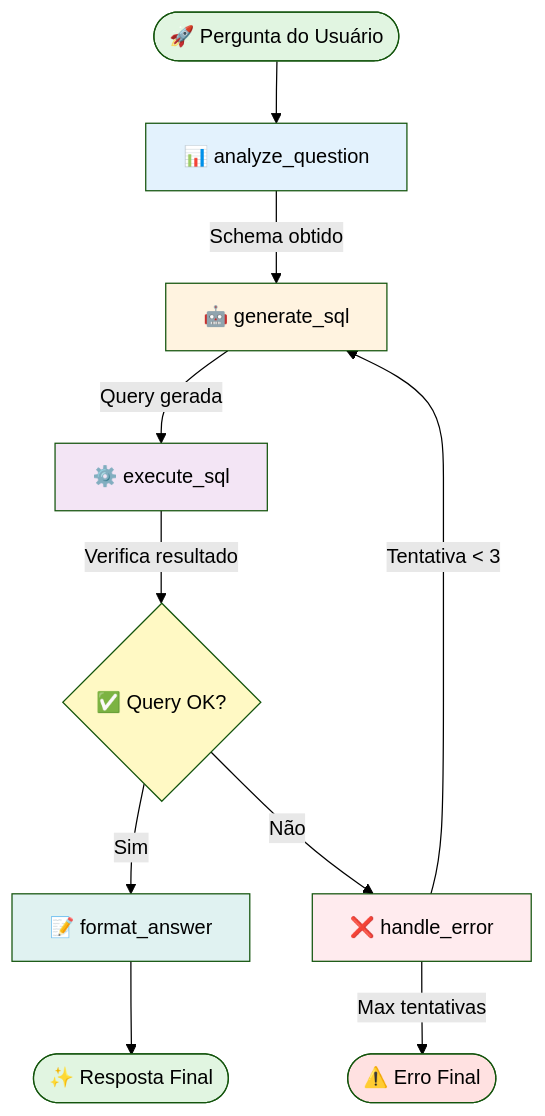
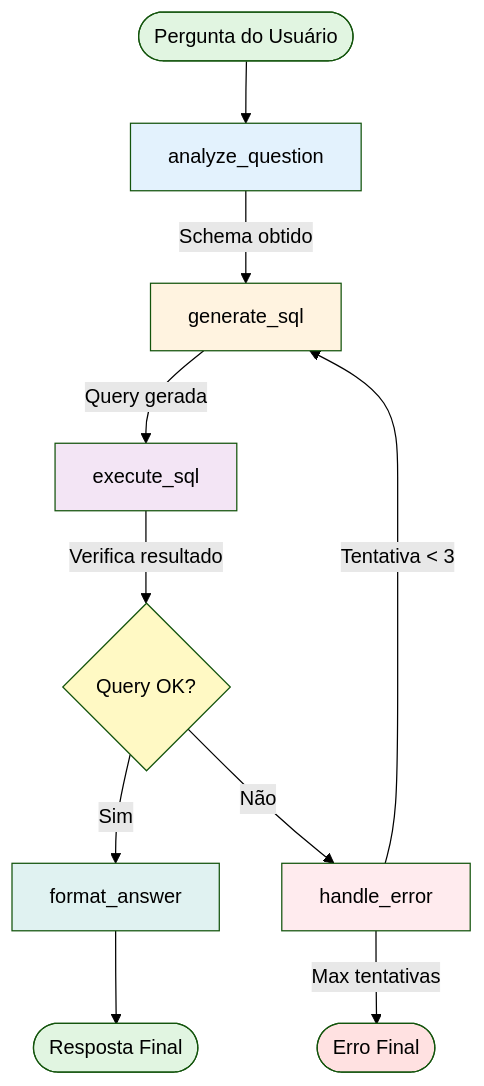
The second of 11 diagrams in ARCHITECTURE.md (Nik0o0lps/DataDialogue), drawn with Mermaid (forest theme) before and after one commit. The commit also changed other lines of this file and 1 other file, not shown here.

First line of the commit message:
refactor: Remove todos os emojis dos diagramas e documentação

````diff
--- a/ARCHITECTURE.md
+++ b/ARCHITECTURE.md
@@ -68,22 +68,22 @@
 ```mermaid
 graph TB
-    Start([🚀 Pergunta do Usuário]) --> A[📊 analyze_question]
-    A --> |Schema obtido| B[🤖 generate_sql]
-    B --> |Query gerada| C[⚙️ execute_sql]
-    C --> |Verifica resultado| D{✅ Query OK?}
-    D --> |Sim| E[📝 format_answer]
-    E --> End([✨ Resposta Final])
-    D --> |Não| F[❌ handle_error]
+    Start([Pergunta do Usuário]) --> A[analyze_question]
+    A --> |Schema obtido| B[generate_sql]
+    B --> |Query gerada| C[execute_sql]
+    C --> |Verifica resultado| D{Query OK?}
+    D --> |Sim| E[format_answer]
+    E --> End([Resposta Final])
+    D --> |Não| F[handle_error]
     F --> |Tentativa < 3| B
-    F --> |Max tentativas| G([⚠️ Erro Final])
+    F --> |Max tentativas| G([Erro Final])
     
     style Start fill:#e1f5e1
     style End fill:#e1f5e1
     style G fill:#ffe1e1
     style A fill:#e3f2fd
     style B fill:#fff3e0
     style C fill:#f3e5f5
     style D fill:#fff9c4
     style E fill:#e0f2f1
     style F fill:#ffebee
 ```
````
